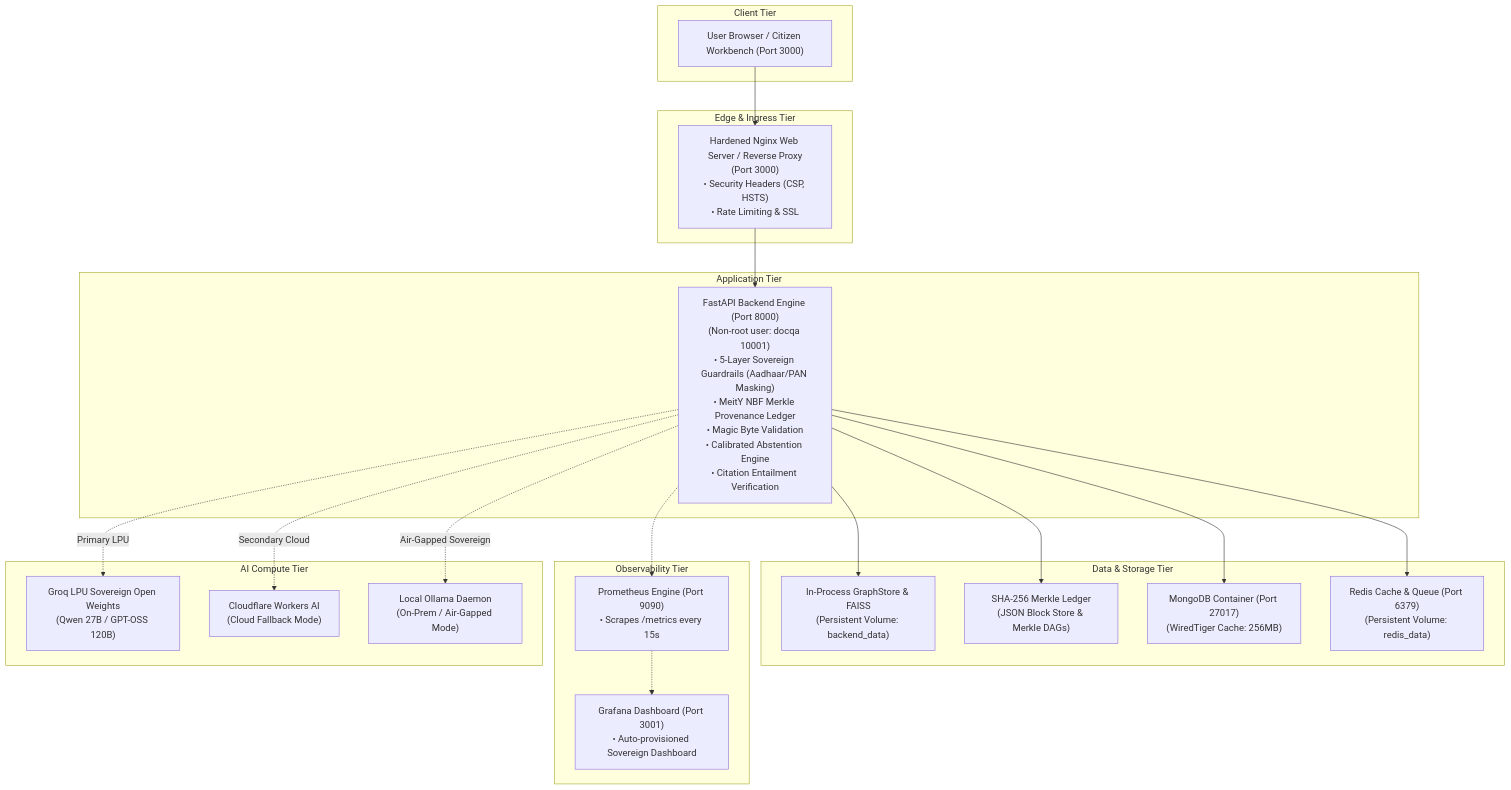
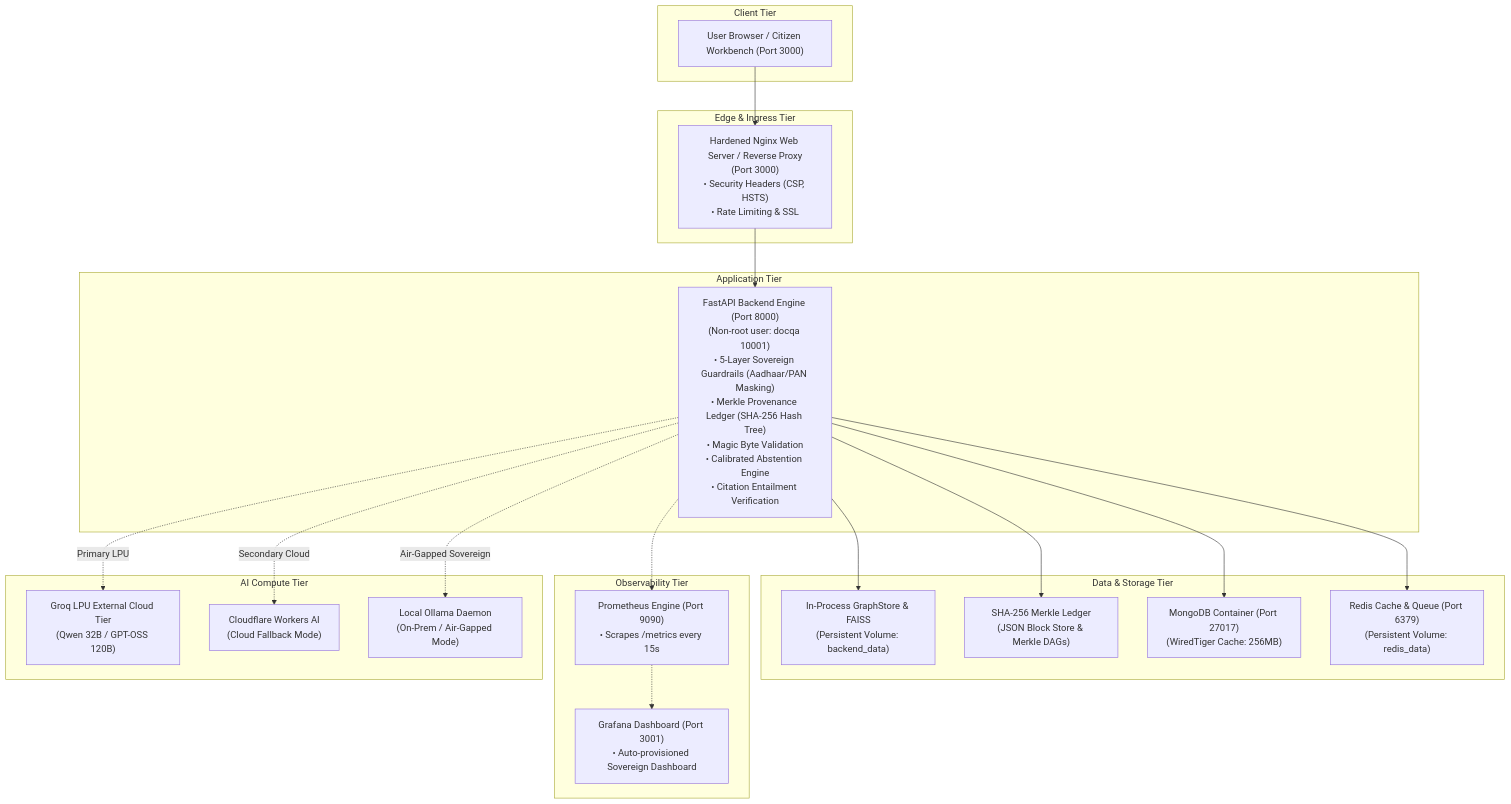
Before and after one commit to shoyo44/JanSetu-AI: the diagram in DEVOPS_DEVSECOPS_GUIDE.md, drawn with Mermaid. The commit also changed other lines of this file and 14 other files, not shown here.

Commit message:
docs & core: eliminate legacy NBF/DocsAI references, harmonize Qwen-32B Groq models, and add faculty supervisor endorsement field

````diff
--- a/DEVOPS_DEVSECOPS_GUIDE.md
+++ b/DEVOPS_DEVSECOPS_GUIDE.md
@@ -11,44 +11,44 @@
 ```mermaid
 flowchart TD
     subgraph Client Tier
         Browser["User Browser / Citizen Workbench (Port 3000)"]
     end
 
     subgraph Edge & Ingress Tier
         Nginx["Hardened Nginx Web Server / Reverse Proxy\n(Port 3000)\n• Security Headers (CSP, HSTS)\n• Rate Limiting & SSL"]
     end
 
     subgraph Application Tier
-        API["FastAPI Backend Engine (Port 8000)\n(Non-root user: docqa 10001)\n• 5-Layer Sovereign Guardrails (Aadhaar/PAN Masking)\n• MeitY NBF Merkle Provenance Ledger\n• Magic Byte Validation\n• Calibrated Abstention Engine\n• Citation Entailment Verification"]
+        API["FastAPI Backend Engine (Port 8000)\n(Non-root user: docqa 10001)\n• 5-Layer Sovereign Guardrails (Aadhaar/PAN Masking)\n• Merkle Provenance Ledger (SHA-256 Hash Tree)\n• Magic Byte Validation\n• Calibrated Abstention Engine\n• Citation Entailment Verification"]
     end
 
     subgraph Data & Storage Tier
         Graph["In-Process GraphStore & FAISS\n(Persistent Volume: backend_data)"]
         Ledger["SHA-256 Merkle Ledger\n(JSON Block Store & Merkle DAGs)"]
         Mongo["MongoDB Container (Port 27017)\n(WiredTiger Cache: 256MB)"]
         Redis["Redis Cache & Queue (Port 6379)\n(Persistent Volume: redis_data)"]
     end
 
     subgraph Observability Tier
         Prom["Prometheus Engine (Port 9090)\n• Scrapes /metrics every 15s"]
         Graf["Grafana Dashboard (Port 3001)\n• Auto-provisioned Sovereign Dashboard"]
     end
 
     subgraph AI Compute Tier
-        Groq["Groq LPU Sovereign Open Weights\n(Qwen 27B / GPT-OSS 120B)"]
+        Groq["Groq LPU External Cloud Tier\n(Qwen 32B / GPT-OSS 120B)"]
         Cloudflare["Cloudflare Workers AI\n(Cloud Fallback Mode)"]
         Ollama["Local Ollama Daemon\n(On-Prem / Air-Gapped Mode)"]
     end
 
     Browser --> Nginx
     Nginx --> API
     API --> Graph
     API --> Ledger
     API --> Mongo
     API --> Redis
     API -.-> Prom
     Prom -.-> Graf
     API -.->|Primary LPU| Groq
     API -.->|Secondary Cloud| Cloudflare
     API -.->|Air-Gapped Sovereign| Ollama
 ```
````
